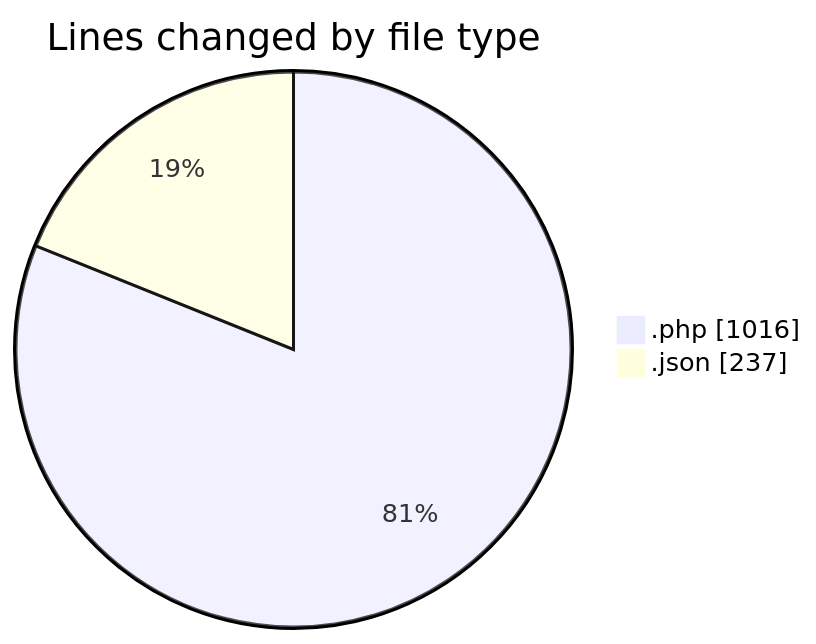
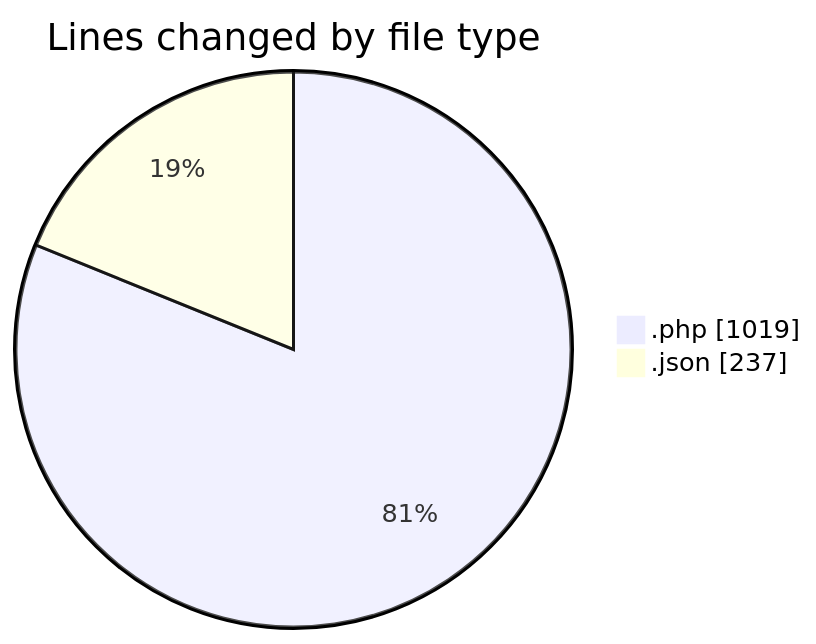
The first of 2 diagrams in 2025-06-16/studio-backend/README.md (idhammustaqopulfikri/code-tracking), drawn with Mermaid before and after one commit. The commit also changed other lines of this file and 1 other file, not shown here.

````diff
--- a/2025-06-16/studio-backend/README.md
+++ b/2025-06-16/studio-backend/README.md
@@ -24,6 +24,6 @@
 ```mermaid
 pie showData
 title Lines changed by file type
-".php" : 1016
+".php" : 1019
 ".json" : 237
 ```
````
